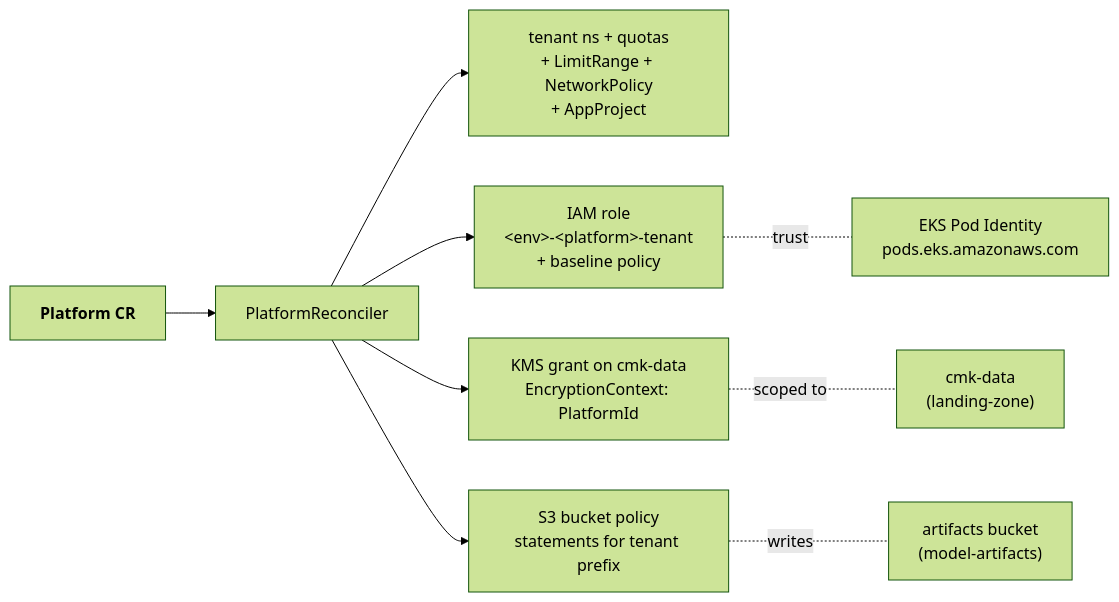
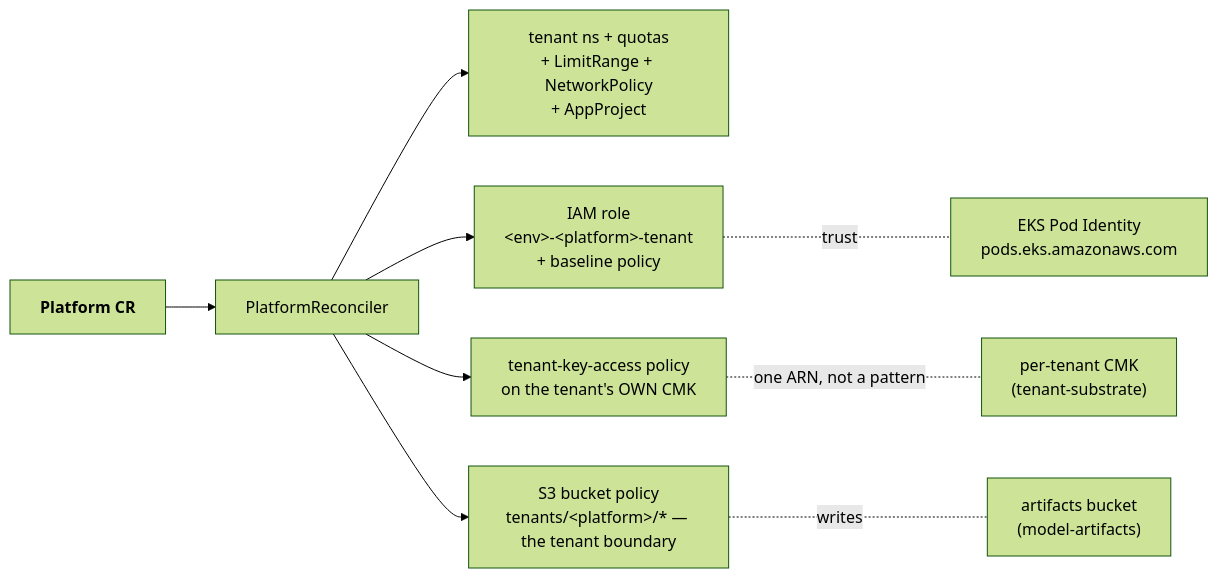
Before and after one commit to nanohype/eks-agent-platform: the second of 3 diagrams in docs/architecture/overview.md, drawn with Mermaid (forest theme). The commit also changed 30 other files, not shown here.

````diff
--- a/docs/architecture/overview.md
+++ b/docs/architecture/overview.md
@@ -54,13 +54,13 @@
 ```mermaid
 flowchart LR
   Platform["<b>Platform CR</b>"] --> PR["PlatformReconciler"]
 
   PR --> Ns["tenant ns + quotas<br/>+ LimitRange + NetworkPolicy<br/>+ AppProject"]
   PR --> IAM["IAM role<br/>&lt;env&gt;-&lt;platform&gt;-tenant<br/>+ baseline policy"]
-  PR --> KMS["KMS grant on cmk-data<br/>EncryptionContext: PlatformId"]
-  PR --> S3["S3 bucket policy<br/>statements for tenant prefix"]
+  PR --> KMS["tenant-key-access policy<br/>on the tenant's OWN CMK"]
+  PR --> S3["S3 bucket policy<br/>tenants/&lt;platform&gt;/* — the tenant boundary"]
 
   IAM -. "trust" .- EKSPI["EKS Pod Identity<br/>pods.eks.amazonaws.com"]
-  KMS -. "scoped to" .- DataKey["cmk-data<br/>(landing-zone)"]
+  KMS -. "one ARN, not a pattern" .- TenantKey["per-tenant CMK<br/>(tenant-substrate)"]
   S3 -. "writes" .- Artifacts["artifacts bucket<br/>(model-artifacts)"]
 ```
````
